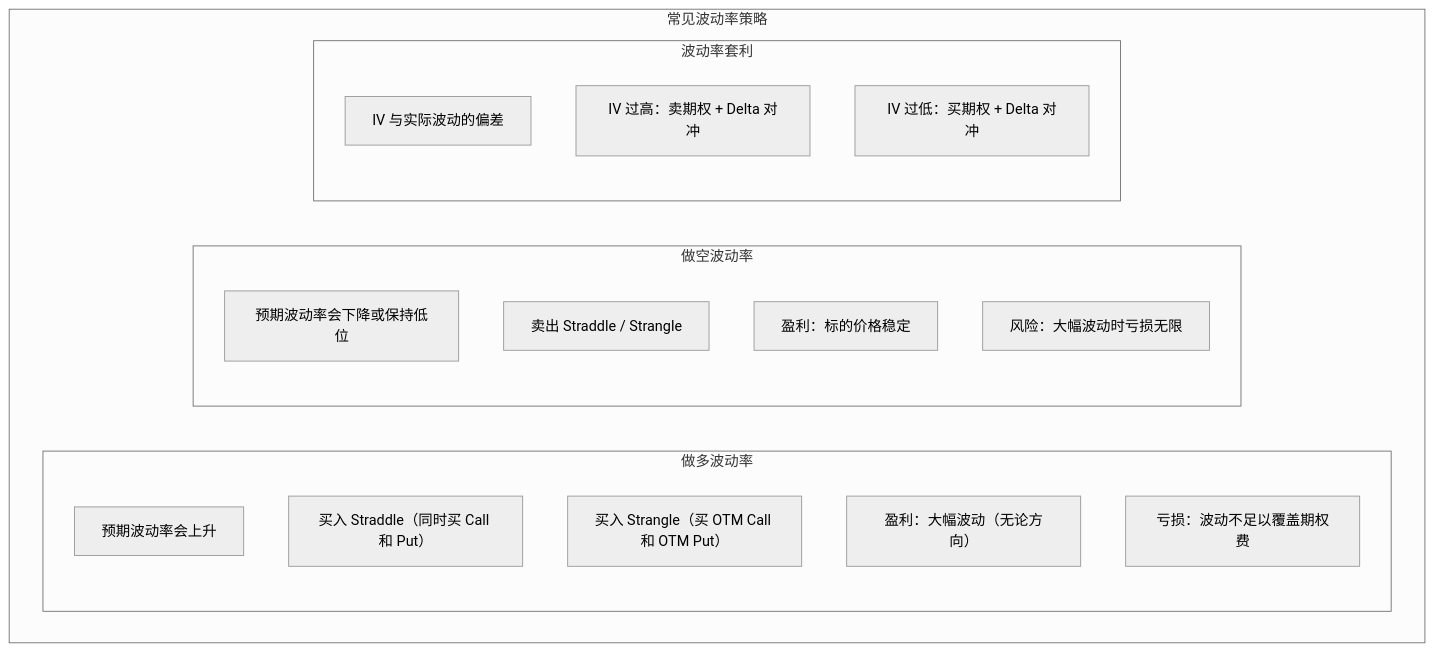
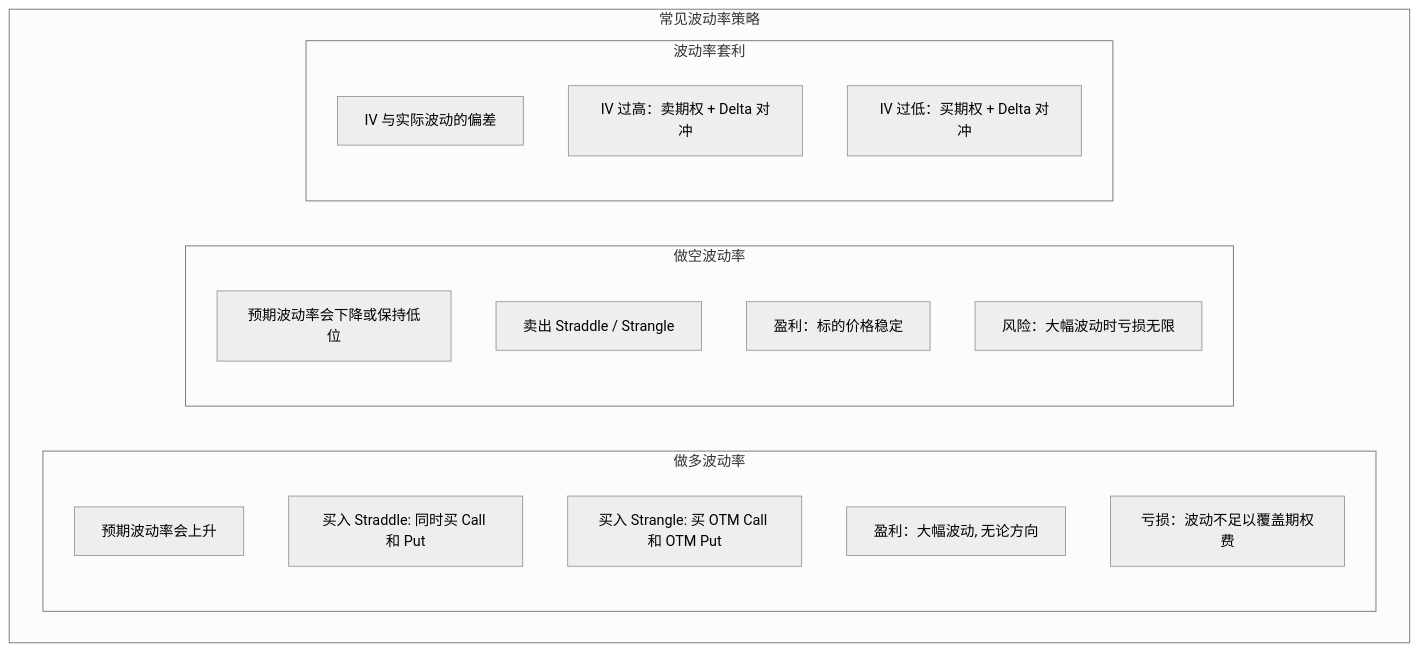
Before and after one commit to jpixy/jpixy.github.io: the first of 2 diagrams in content/articles/quant/quant-12-期权量化入门.md, drawn with Mermaid (neutral theme). The commit also changed 66 other files, not shown here.

Commit message:
fix: resolve Mermaid syntax errors by removing parentheses in node labels

````diff
--- a/content/articles/quant/quant-12-期权量化入门.md
+++ b/content/articles/quant/quant-12-期权量化入门.md
@@ -189,23 +189,23 @@
 ```mermaid
 graph TB
     subgraph 波动率策略["常见波动率策略"]
         subgraph 做多波动率
             D1["预期波动率会上升"]
-            D2["买入 Straddle（同时买 Call 和 Put）"]
-            D3["买入 Strangle（买 OTM Call 和 OTM Put）"]
-            D4["盈利：大幅波动（无论方向）"]
+            D2["买入 Straddle: 同时买 Call 和 Put"]
+            D3["买入 Strangle: 买 OTM Call 和 OTM Put"]
+            D4["盈利：大幅波动, 无论方向"]
             D5["亏损：波动不足以覆盖期权费"]
         end
         subgraph 做空波动率
             K1["预期波动率会下降或保持低位"]
             K2["卖出 Straddle / Strangle"]
             K3["盈利：标的价格稳定"]
             K4["风险：大幅波动时亏损无限"]
         end
         subgraph 波动率套利
             T1["IV 与实际波动的偏差"]
             T2["IV 过高：卖期权 + Delta 对冲"]
             T3["IV 过低：买期权 + Delta 对冲"]
         end
     end
 ```
````
